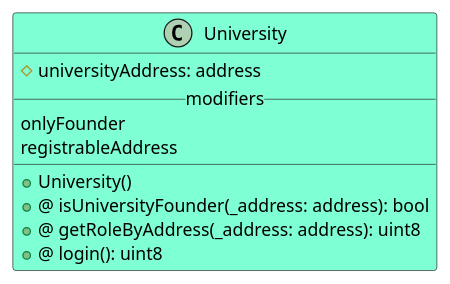
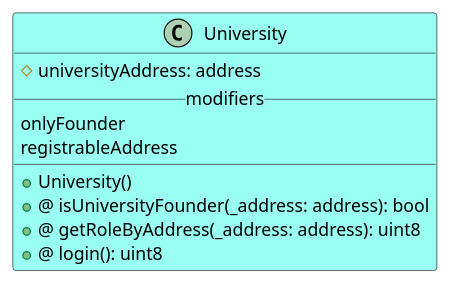
Before and after one commit to M9k/Marvin-Uml: the diagram in Solidity/Contracts/University.iuml, drawn with PlantUML. The commit also changed 9 other files, not shown here.

```diff
--- a/Solidity/Contracts/University.iuml
+++ b/Solidity/Contracts/University.iuml
@@ -1,14 +1,14 @@
 @startuml
 
-class University #AquaMarine {
+class University #99FFF3 {
 #universityAddress: address
 __modifiers__
 onlyFounder
 registrableAddress
 __
 +University()
 +@ isUniversityFounder(_address: address): bool
 +@ getRoleByAddress(_address: address): uint8
 +@ login(): uint8
 }
 @enduml
```
